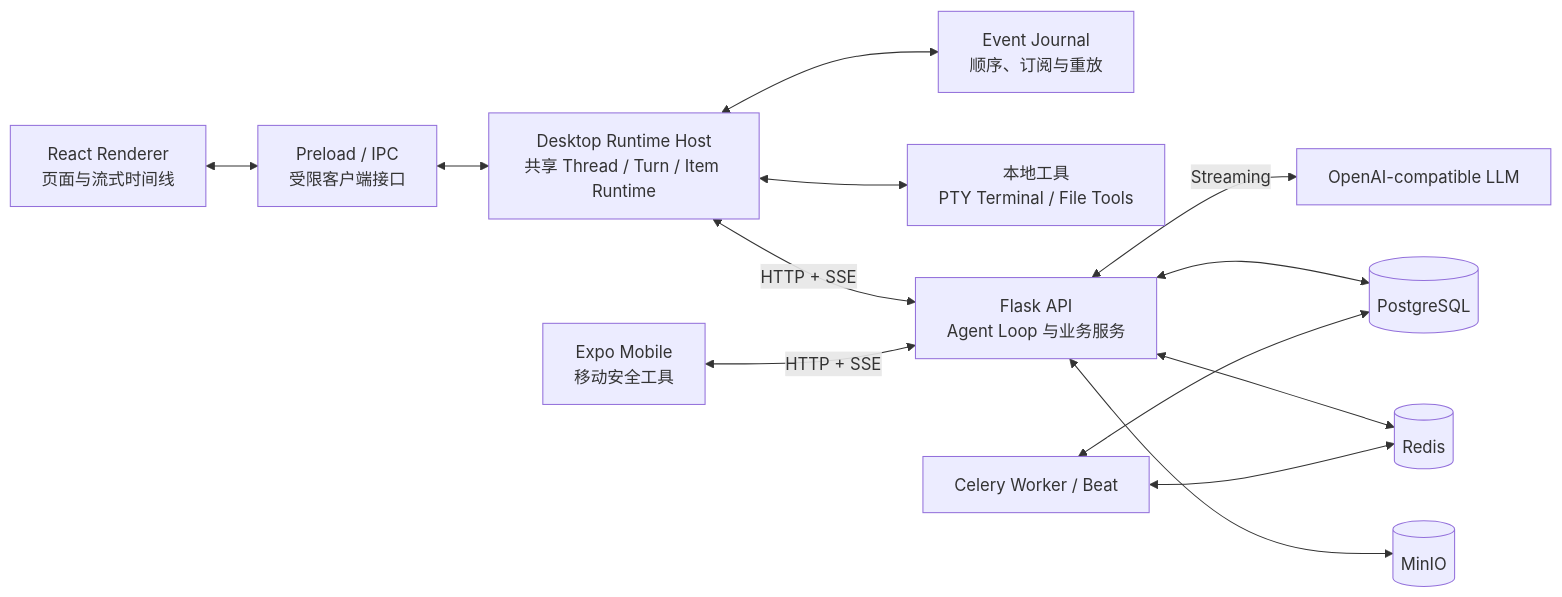
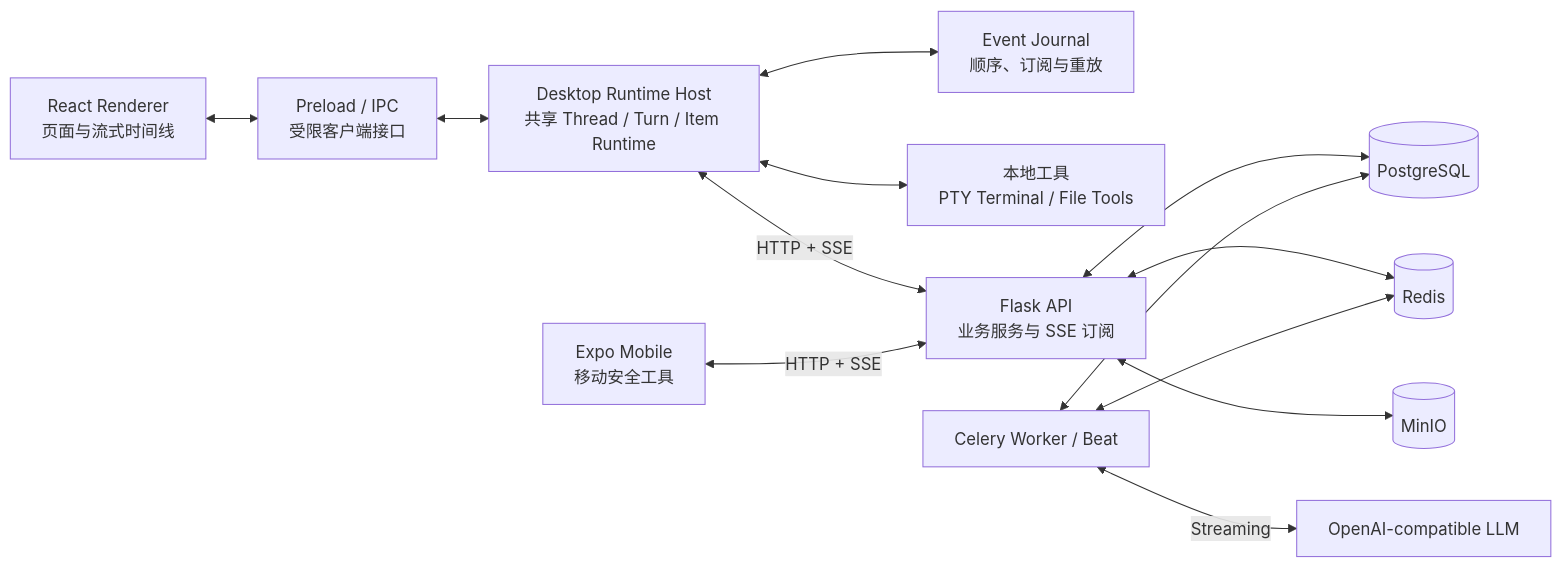
One commit to Covfefeable/ohmycode changed the first of 3 diagrams in README.md. Above: the diagram before and after it, drawn with Mermaid. The commit also changed other lines of this file and 36 other files, not shown here.

````diff
--- a/README.md
+++ b/README.md
@@ -84,28 +84,28 @@
 ```mermaid
 flowchart LR
     UI[React Renderer<br/>页面与流式时间线]
     IPC[Preload / IPC<br/>受限客户端接口]
     RT[Desktop Runtime Host<br/>共享 Thread / Turn / Item Runtime]
     JOURNAL[Event Journal<br/>顺序、订阅与重放]
     TOOLS[本地工具<br/>PTY Terminal / File Tools]
-    API[Flask API<br/>Agent Loop 与业务服务]
+    API[Flask API<br/>业务服务与 SSE 订阅]
     MODEL[OpenAI-compatible LLM]
     DB[(PostgreSQL)]
     CACHE[(Redis)]
     OBJECT[(MinIO)]
     WORKER[Celery Worker / Beat]
     MOBILE[Expo Mobile<br/>移动安全工具]
 
     UI <--> IPC
     IPC <--> RT
     RT <--> JOURNAL
     RT <--> TOOLS
     RT <-->|HTTP + SSE| API
-    API <-->|Streaming| MODEL
+    WORKER <-->|Streaming| MODEL
     API <--> DB
     API <--> CACHE
     API <--> OBJECT
     WORKER <--> DB
     WORKER <--> CACHE
     MOBILE <-->|HTTP + SSE| API
 ```
````
